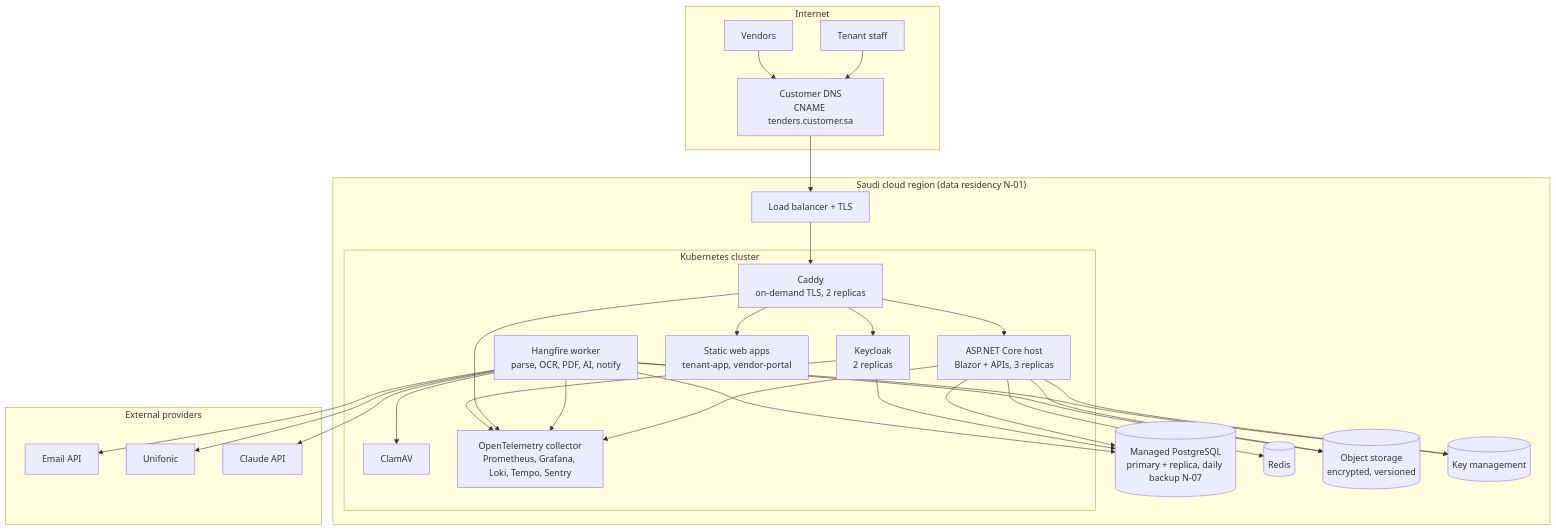
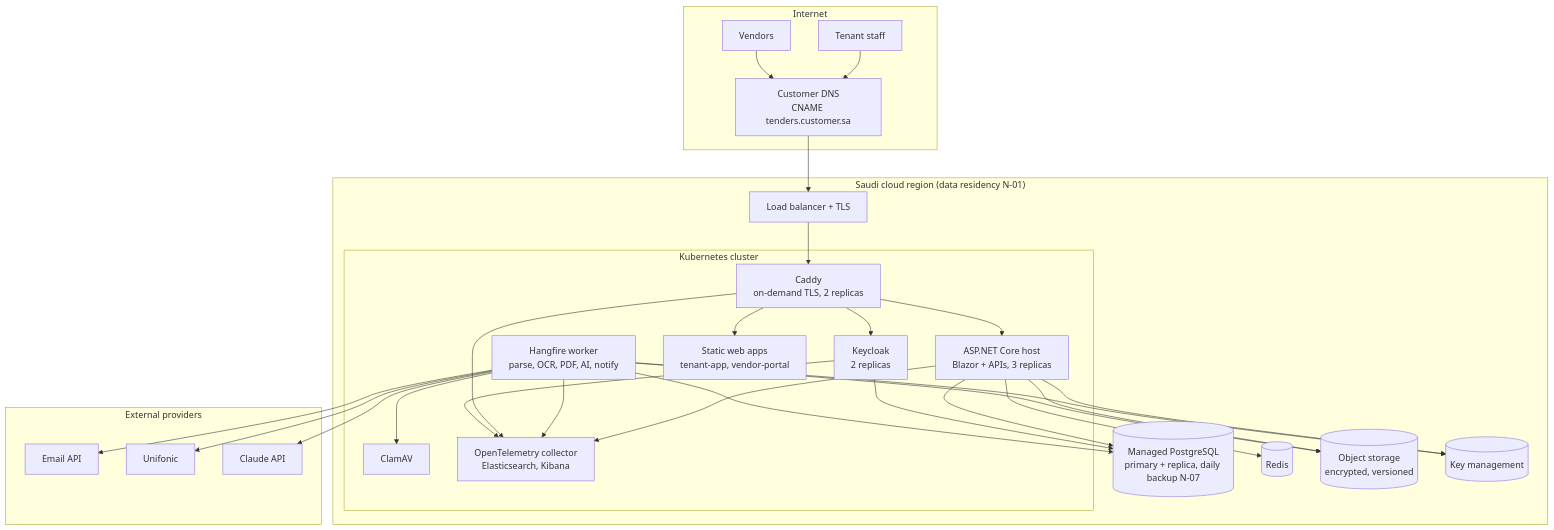
One commit to AhmedAssaf/ERP changed the tenth of 13 diagrams in docs/03-diagrams.md. Above: the diagram before and after it, drawn with Mermaid. The commit also changed 10 other files, not shown here.

````diff
--- a/docs/03-diagrams.md
+++ b/docs/03-diagrams.md
@@ -420,39 +420,39 @@
 ```mermaid
 flowchart TB
     subgraph INET["Internet"]
         U1[Tenant staff]
         U2[Vendors]
         DNS[Customer DNS<br/>CNAME tenders.customer.sa]
     end
 
     subgraph KSA["Saudi cloud region (data residency N-01)"]
         LB[Load balancer + TLS]
         subgraph K8S["Kubernetes cluster"]
             GW[Caddy<br/>on-demand TLS, 2 replicas]
             KC[Keycloak<br/>2 replicas]
             API[ASP.NET Core host<br/>Blazor + APIs, 3 replicas]
             WEB[Static web apps<br/>tenant-app, vendor-portal]
             WRK[Hangfire worker<br/>parse, OCR, PDF, AI, notify]
             AV[ClamAV]
-            OBS[OpenTelemetry collector<br/>Prometheus, Grafana, Loki, Tempo, Sentry]
+            OBS[OpenTelemetry collector<br/>Elasticsearch, Kibana]
         end
         PG[(Managed PostgreSQL<br/>primary + replica, daily backup N-07)]
         RD[(Redis)]
         S3[(Object storage<br/>encrypted, versioned)]
         KMS[(Key management)]
     end
 
     subgraph EXT["External providers"]
         MAIL[Email API]
         SMS[Unifonic]
         LLM[Claude API]
     end
 
     U1 & U2 --> DNS --> LB --> GW
     GW --> WEB & API & KC
     API --> PG & RD & S3 & KMS
     KC --> PG
     WRK --> PG & S3 & AV & KMS
     WRK --> MAIL & SMS & LLM
     API & WRK & GW & KC --> OBS
 ```
````
